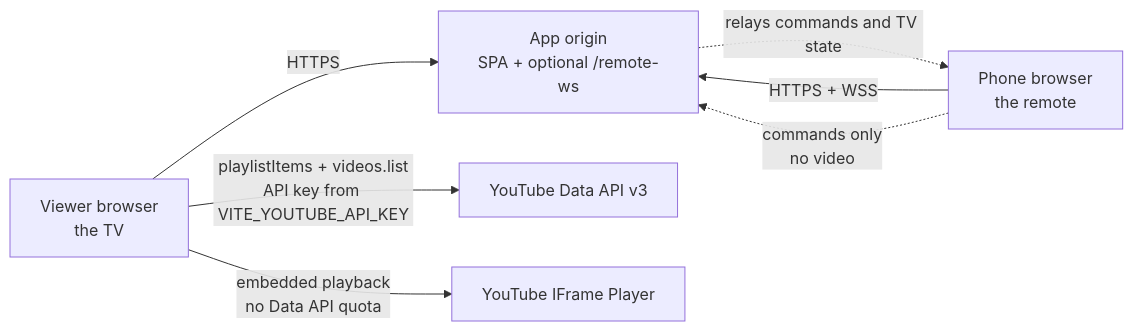
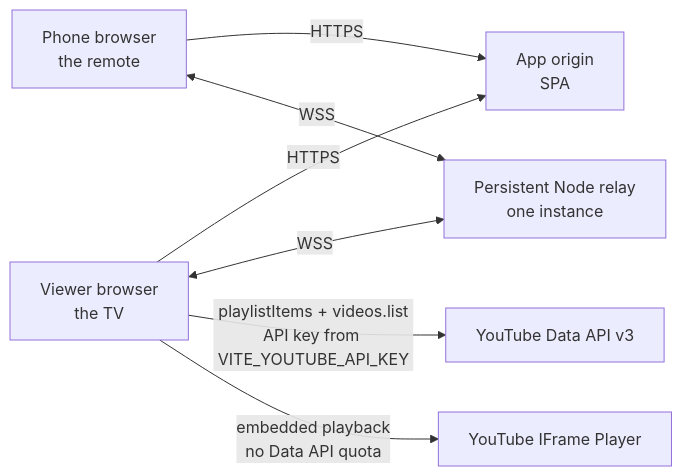
The first of 8 diagrams in docs/architecture.md (tusharv/positive-player), drawn with Mermaid before and after one commit. The commit also changed other lines of this file and 16 other files, not shown here.

````diff
--- a/docs/architecture.md
+++ b/docs/architecture.md
@@ -13,15 +13,17 @@
 ```mermaid
 flowchart LR
   Viewer[Viewer browser<br/>the TV]
   Phone[Phone browser<br/>the remote]
-  Origin[App origin<br/>SPA + optional /remote-ws]
+  Origin[App origin<br/>SPA]
+  Relay[Persistent Node relay<br/>one instance]
   YTData[YouTube Data API v3]
   YTPlay[YouTube IFrame Player]
 
   Viewer -->|HTTPS| Origin
-  Phone -->|HTTPS + WSS| Origin
+  Phone -->|HTTPS| Origin
+  Viewer <-->|WSS| Relay
+  Phone <-->|WSS| Relay
   Viewer -->|playlistItems + videos.list<br/>API key from VITE_YOUTUBE_API_KEY| YTData
   Viewer -->|embedded playback<br/>no Data API quota| YTPlay
-  Phone -.->|commands only<br/>no video| Origin
-  Origin -.->|relays commands and TV state| Phone
+
 ```
````
